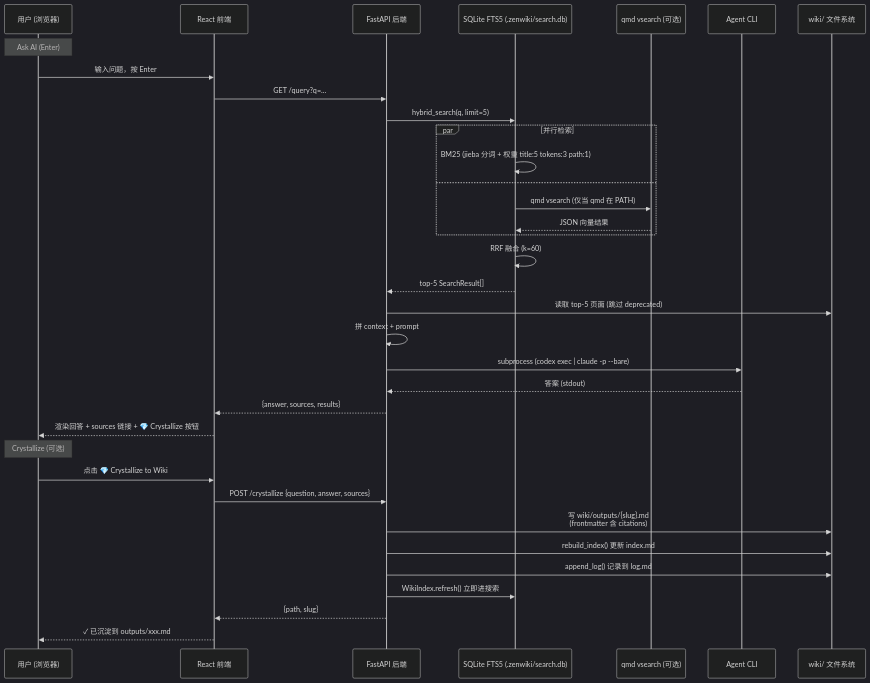
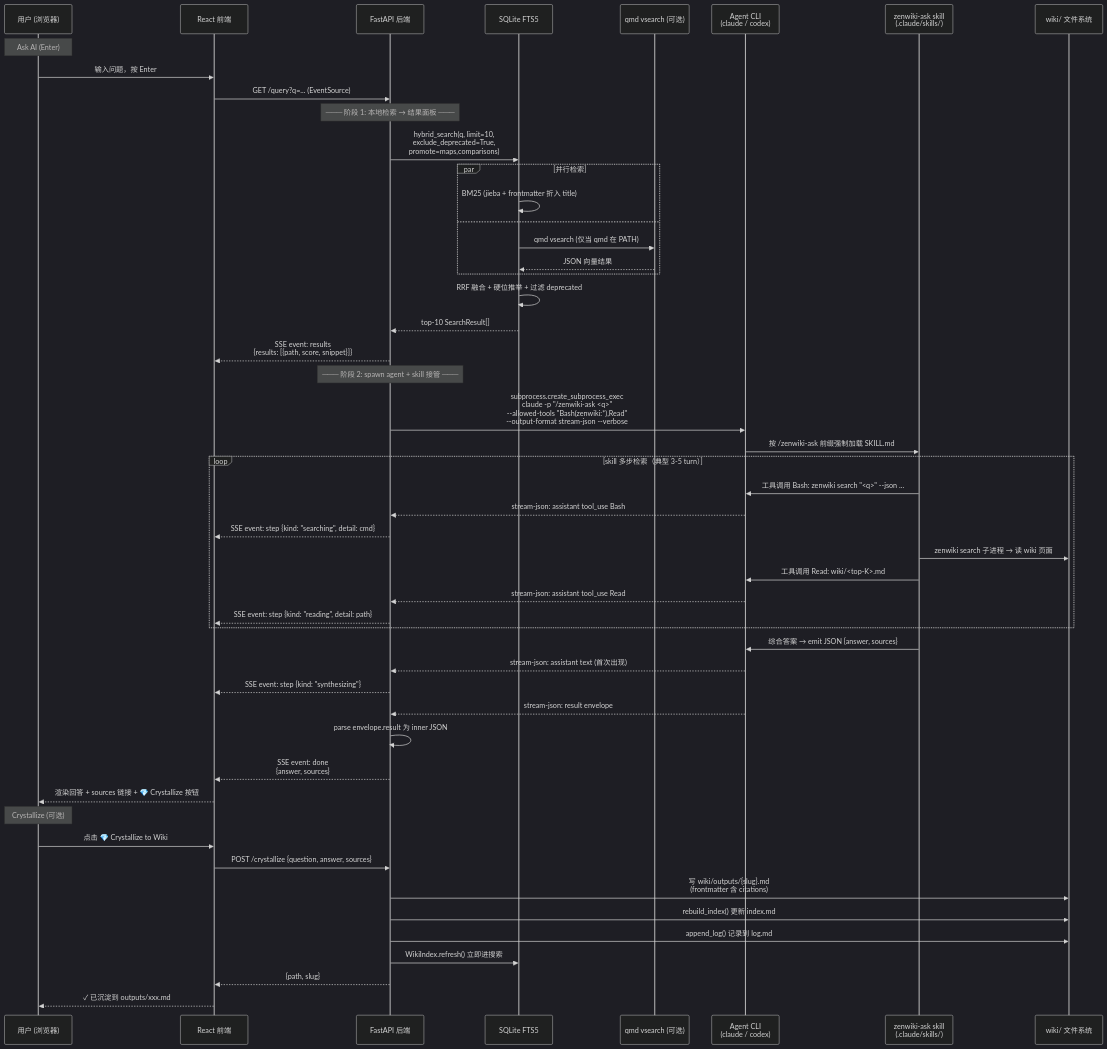
The sixth of 10 diagrams in core/architecture-diagrams.md (ChenXplorer/zenwiki), drawn with Mermaid (dark theme) before and after one commit. The commit also changed other lines of this file, not shown here.

````diff
--- a/core/architecture-diagrams.md
+++ b/core/architecture-diagrams.md
@@ -263,39 +269,60 @@
 ```mermaid
 sequenceDiagram
     participant User as 用户 (浏览器)
     participant Vite as React 前端
     participant API as FastAPI 后端
-    participant FTS as SQLite FTS5 (.zenwiki/search.db)
+    participant FTS as SQLite FTS5
     participant QMD as qmd vsearch (可选)
-    participant Agent as Agent CLI
+    participant Agent as Agent CLI<br/>(claude / codex)
+    participant Skill as zenwiki-ask skill<br/>(.claude/skills/)
     participant FS as wiki/ 文件系统
 
     Note over User: Ask AI (Enter)
     User->>Vite: 输入问题，按 Enter
-    Vite->>API: GET /query?q=...
-    API->>FTS: hybrid_search(q, limit=5)
+    Vite->>API: GET /query?q=... (EventSource)
+
+    Note over API: ─── 阶段 1: 本地检索 → 结果面板 ───
+    API->>FTS: hybrid_search(q, limit=10,<br/>exclude_deprecated=True,<br/>promote=maps,comparisons)
     par 并行检索
-        FTS->>FTS: BM25 (jieba 分词 + 权重 title:5 tokens:3 path:1)
+        FTS->>FTS: BM25 (jieba + frontmatter 折入 title)
     and
         FTS->>QMD: qmd vsearch (仅当 qmd 在 PATH)
         QMD-->>FTS: JSON 向量结果
     end
-    FTS->>FTS: RRF 融合 (k=60)
-    FTS-->>API: top-5 SearchResult[]
-    API->>FS: 读取 top-5 页面 (跳过 deprecated)
-    API->>API: 拼 context + prompt
-    API->>Agent: subprocess (codex exec | claude -p --bare)
-    Agent-->>API: 答案 (stdout)
-    API-->>Vite: {answer, sources, results}
+    FTS->>FTS: RRF 融合 + 硬位推举 + 过滤 deprecated
+    FTS-->>API: top-10 SearchResult[]
+    API-->>Vite: SSE event: results<br/>{results: [{path, score, snippet}]}
+
+    Note over API: ─── 阶段 2: spawn agent + skill 接管 ───
+    API->>Agent: subprocess.create_subprocess_exec<br/>claude -p "/zenwiki-ask <q>"<br/>--allowed-tools "Bash(zenwiki:*),Read"<br/>--output-format stream-json --verbose
+    Agent->>Skill: 按 /zenwiki-ask 前缀强制加载 SKILL.md
+
+    loop skill 多步检索（典型 3-5 turn）
+        Skill->>Agent: 工具调用 Bash: zenwiki search "<q>" --json ...
+        Agent-->>API: stream-json: assistant tool_use Bash
+        API-->>Vite: SSE event: step {kind: "searching", detail: cmd}
+        Skill->>FS: zenwiki search 子进程 → 读 wiki 页面
+        Skill->>Agent: 工具调用 Read: wiki/<top-K>.md
+        Agent-->>API: stream-json: assistant tool_use Read
+        API-->>Vite: SSE event: step {kind: "reading", detail: path}
+    end
+
+    Skill->>Agent: 综合答案 → emit JSON {answer, sources}
+    Agent-->>API: stream-json: assistant text (首次出现)
+    API-->>Vite: SSE event: step {kind: "synthesizing"}
+    Agent-->>API: stream-json: result envelope
+    API->>API: parse envelope.result 为 inner JSON
+    API-->>Vite: SSE event: done<br/>{answer, sources}
+
     Vite-->>User: 渲染回答 + sources 链接 + 💎 Crystallize 按钮
 
     Note over User: Crystallize (可选)
     User->>Vite: 点击 💎 Crystallize to Wiki
     Vite->>API: POST /crystallize {question, answer, sources}
     API->>FS: 写 wiki/outputs/{slug}.md<br/>(frontmatter 含 citations)
     API->>FS: rebuild_index() 更新 index.md
     API->>FS: append_log() 记录到 log.md
     API->>FTS: WikiIndex.refresh() 立即进搜索
     API-->>Vite: {path, slug}
     Vite-->>User: ✓ 已沉淀到 outputs/xxx.md
 ```
````
